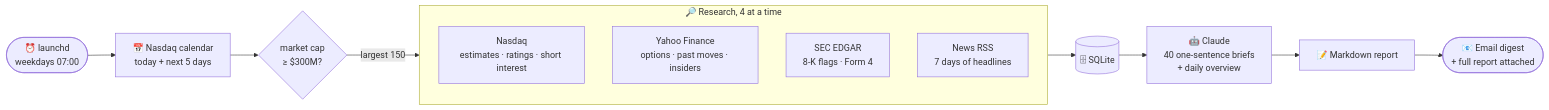
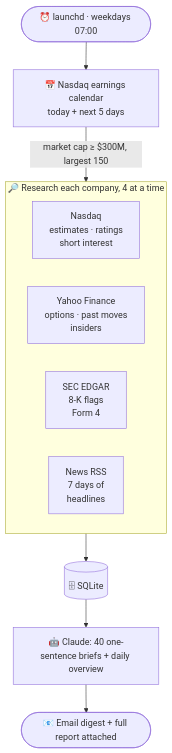
The diagram in README.md (LukasUser/earnings-scanner), drawn with Mermaid before and after one commit.

Commit message:
README: stack the pipeline diagram vertically so it stays readable

````diff
--- a/README.md
+++ b/README.md
@@ -39,17 +39,15 @@
 ```mermaid
-flowchart LR
-    A(["⏰ launchd<br/>weekdays 07:00"]) --> B["📅 Nasdaq calendar<br/>today + next 5 days"]
-    B --> C{"market cap<br/>≥ $300M?"}
-    C -- "largest 150" --> D
-    subgraph D["🔎 Research, 4 at a time"]
-        direction TB
-        D1["Nasdaq<br/>estimates · ratings · short interest"]
-        D2["Yahoo Finance<br/>options · past moves · insiders"]
-        D3["SEC EDGAR<br/>8-K flags · Form 4"]
-        D4["News RSS<br/>7 days of headlines"]
+flowchart TB
+    A(["⏰ launchd · weekdays 07:00"]) --> B["📅 Nasdaq earnings calendar<br/>today + next 5 days"]
+    B -- "market cap ≥ $300M, largest 150" --> D
+    subgraph D["🔎 Research each company, 4 at a time"]
+        direction LR
+        D1["Nasdaq<br/>estimates · ratings<br/>short interest"]
+        D2["Yahoo Finance<br/>options · past moves<br/>insiders"]
+        D3["SEC EDGAR<br/>8-K flags<br/>Form 4"]
+        D4["News RSS<br/>7 days of<br/>headlines"]
     end
     D --> E[("🗄 SQLite")]
-    E --> F["🤖 Claude<br/>40 one-sentence briefs<br/>+ daily overview"]
-    F --> G["📝 Markdown report"]
-    G --> H(["📧 Email digest<br/>+ full report attached"])
+    E --> F["🤖 Claude: 40 one-sentence briefs + daily overview"]
+    F --> G(["📧 Email digest + full report attached"])
 ```
````
